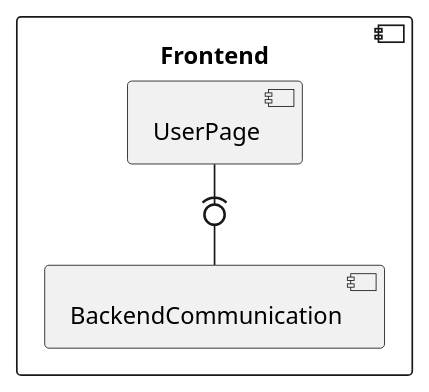
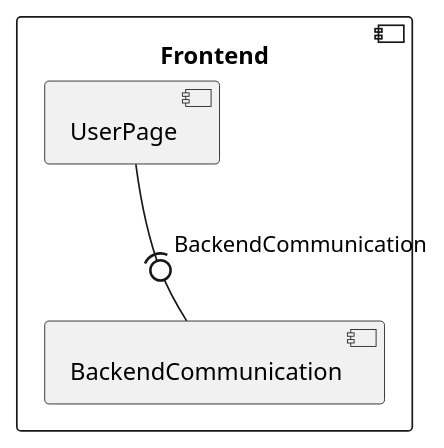
Before and after one commit to RadekBucki/OpinionCollectorArchitecture: the second of 2 diagrams in frontend/UserPage.md, drawn with PlantUML. The commit also changed 6 other files, not shown here.

````diff
--- a/frontend/UserPage.md
+++ b/frontend/UserPage.md
@@ -28,14 +28,14 @@
 ```plantuml
 @startuml
     
 component Frontend {
     component UserPage {
     }
     
     component BackendCommunication {
     }
-    UserPage -(0- BackendCommunication
+    UserPage -(0- BackendCommunication : BackendCommunication
 }
 
 @enduml 
 ```
````
